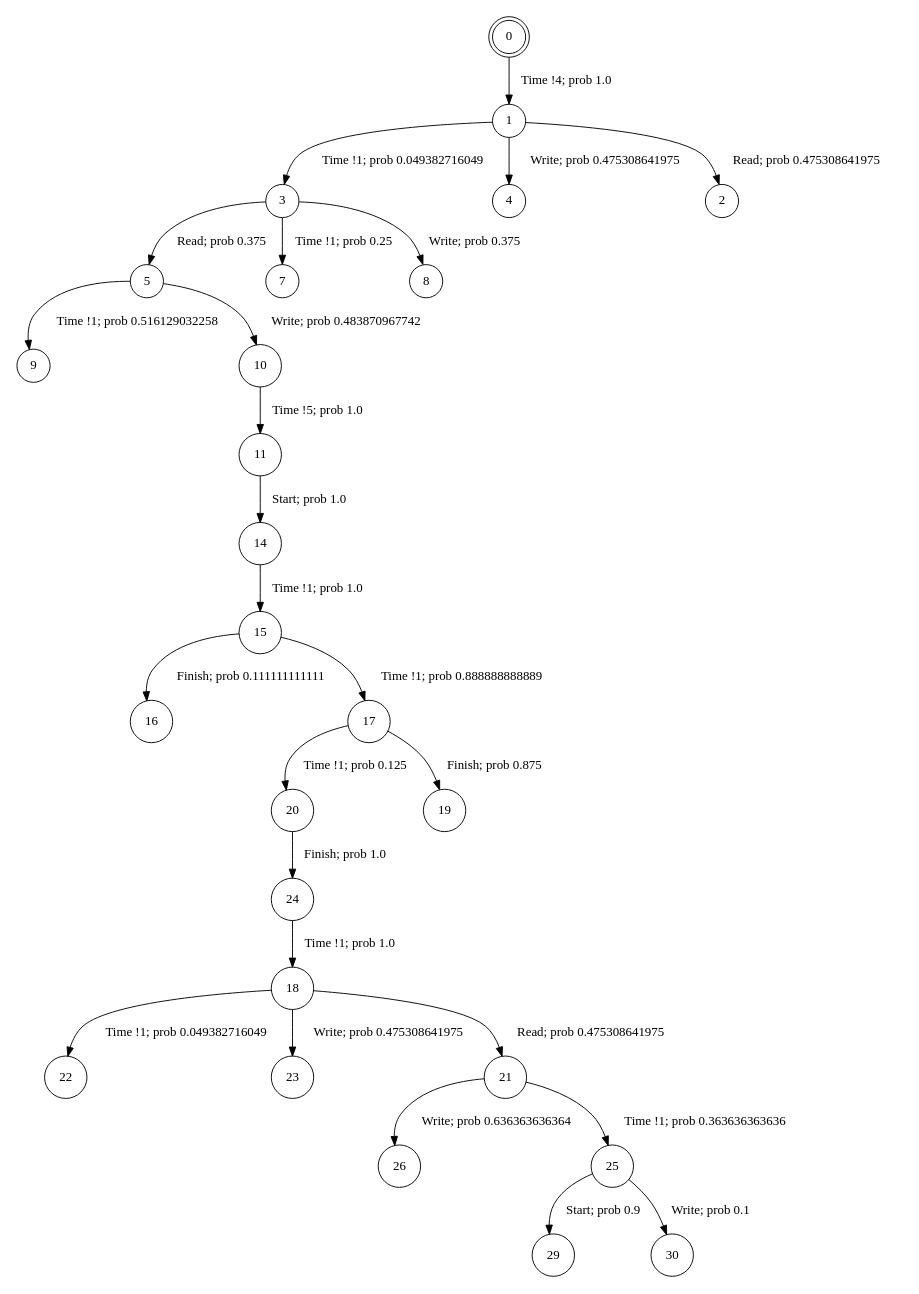
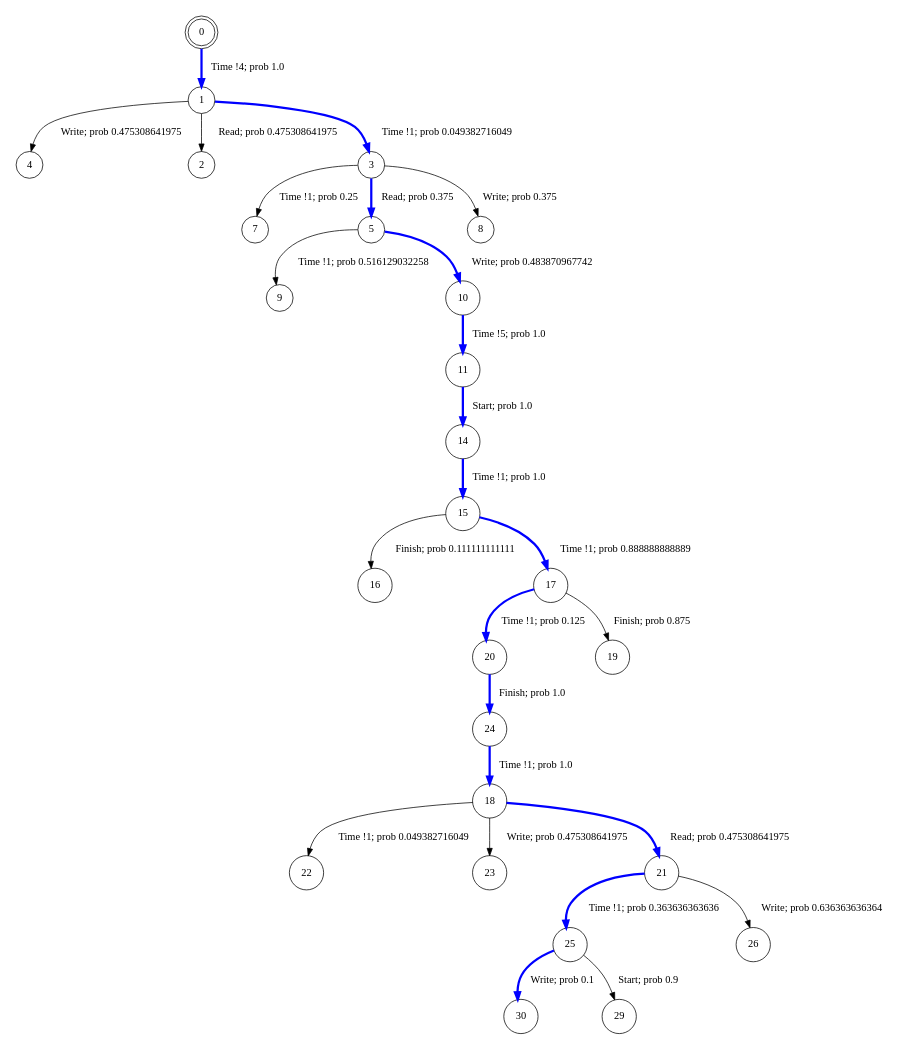
One commit to irmanfaqrizal/ptsv changed the diagram in state-space-analysis/experiments/results/tpts-golden-2.dot. Above: the diagram before and after it, drawn with Graphviz. The commit also changed 25 other files, not shown here.

```diff
--- a/state-space-analysis/experiments/results/tpts-golden-2.dot
+++ b/state-space-analysis/experiments/results/tpts-golden-2.dot
@@ -1,31 +1,31 @@
 digraph BCG {
 size = "7, 10.5";
 center = TRUE;
 node [shape = circle];
 0 [peripheries = 2];
-0 -> 1  [label = "Time !4; prob 1.0"];
-1 -> 3  [label = "Time !1; prob 0.049382716049"];
+0 -> 1  [label = "Time !4; prob 1.0", color = "blue", penwidth=3];
 1 -> 4  [label = "Write; prob 0.475308641975"];
 1 -> 2  [label = "Read; prob 0.475308641975"];
-3 -> 5  [label = "Read; prob 0.375"];
+1 -> 3  [label = "Time !1; prob 0.049382716049", color = "blue", penwidth=3];
 3 -> 7  [label = "Time !1; prob 0.25"];
+3 -> 5  [label = "Read; prob 0.375", color = "blue", penwidth=3];
 3 -> 8  [label = "Write; prob 0.375"];
 5 -> 9  [label = "Time !1; prob 0.516129032258"];
-5 -> 10  [label = "Write; prob 0.483870967742"];
-10 -> 11  [label = "Time !5; prob 1.0"];
-11 -> 14  [label = "Start; prob 1.0"];
-14 -> 15  [label = "Time !1; prob 1.0"];
+5 -> 10  [label = "Write; prob 0.483870967742", color = "blue", penwidth=3];
+10 -> 11  [label = "Time !5; prob 1.0", color = "blue", penwidth=3];
+11 -> 14  [label = "Start; prob 1.0", color = "blue", penwidth=3];
+14 -> 15  [label = "Time !1; prob 1.0", color = "blue", penwidth=3];
 15 -> 16  [label = "Finish; prob 0.111111111111"];
-15 -> 17  [label = "Time !1; prob 0.888888888889"];
-17 -> 20  [label = "Time !1; prob 0.125"];
+15 -> 17  [label = "Time !1; prob 0.888888888889", color = "blue", penwidth=3];
+17 -> 20  [label = "Time !1; prob 0.125", color = "blue", penwidth=3];
 17 -> 19  [label = "Finish; prob 0.875"];
 18 -> 22  [label = "Time !1; prob 0.049382716049"];
 18 -> 23  [label = "Write; prob 0.475308641975"];
-18 -> 21  [label = "Read; prob 0.475308641975"];
-20 -> 24  [label = "Finish; prob 1.0"];
+18 -> 21  [label = "Read; prob 0.475308641975", color = "blue", penwidth=3];
+20 -> 24  [label = "Finish; prob 1.0", color = "blue", penwidth=3];
+21 -> 25  [label = "Time !1; prob 0.363636363636", color = "blue", penwidth=3];
 21 -> 26  [label = "Write; prob 0.636363636364"];
-21 -> 25  [label = "Time !1; prob 0.363636363636"];
-24 -> 18  [label = "Time !1; prob 1.0"];
+24 -> 18  [label = "Time !1; prob 1.0", color = "blue", penwidth=3];
+25 -> 30  [label = "Write; prob 0.1", color = "blue", penwidth=3];
 25 -> 29  [label = "Start; prob 0.9"];
-25 -> 30  [label = "Write; prob 0.1"];
 }
```
